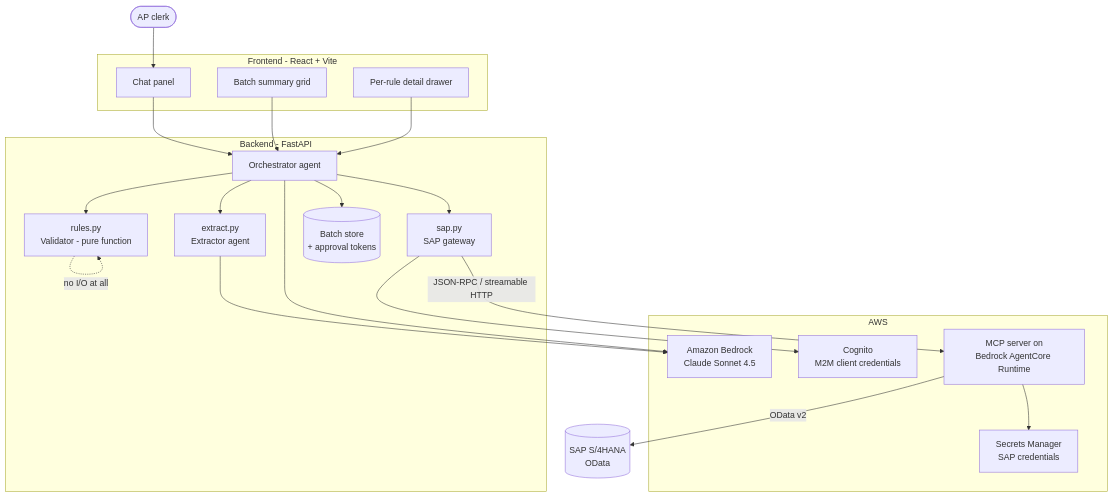
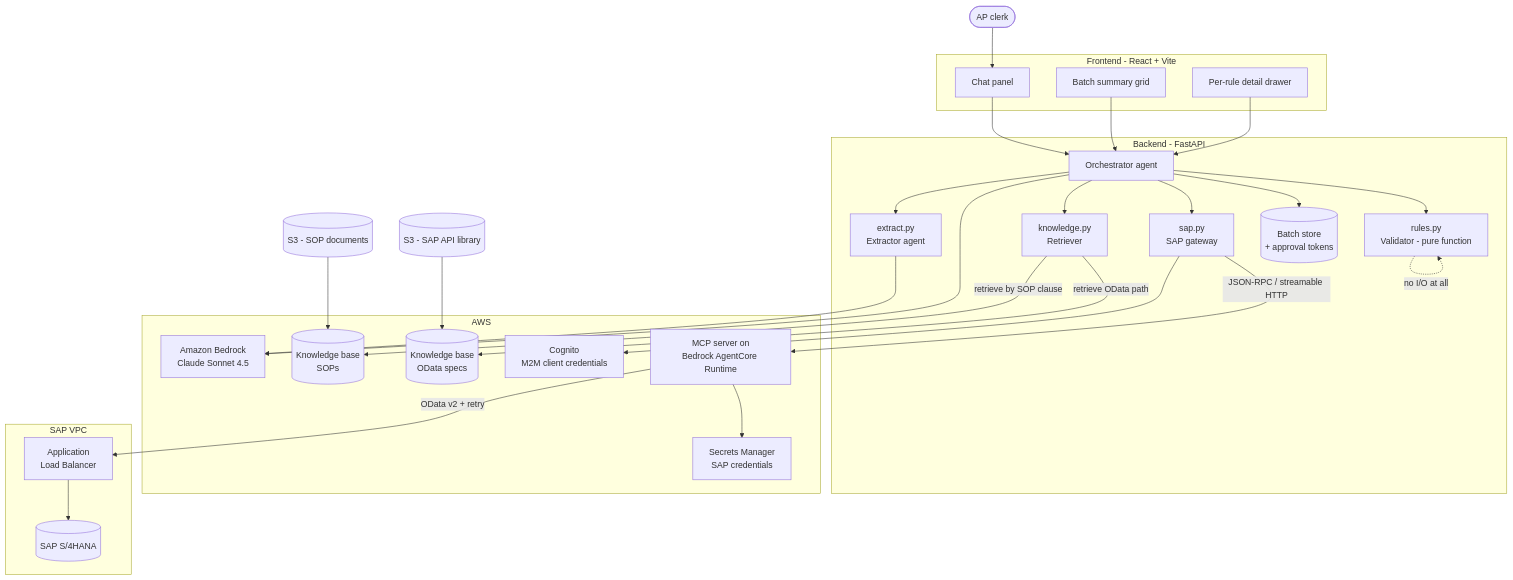
Before and after one commit to ayush-ui/seeburg-aug-26-team-0: the first of 2 diagrams in ARCHITECTURE.md, drawn with Mermaid. The commit also changed other lines of this file and 1 other file, not shown here.

````diff
--- a/ARCHITECTURE.md
+++ b/ARCHITECTURE.md
@@ -24,47 +24,61 @@
 ```mermaid
 flowchart TB
     User([AP clerk])
 
     subgraph FE["Frontend - React + Vite"]
         Chat[Chat panel]
         Grid[Batch summary grid]
         Drawer[Per-rule detail drawer]
     end
 
     subgraph BE["Backend - FastAPI"]
         Orch[Orchestrator agent]
         Extract[extract.py<br/>Extractor agent]
         Rules[rules.py<br/>Validator - pure function]
+        Know[knowledge.py<br/>Retriever]
         Sap[sap.py<br/>SAP gateway]
         Store[(Batch store<br/>+ approval tokens)]
     end
 
     subgraph AWS["AWS"]
         Bedrock[Amazon Bedrock<br/>Claude Sonnet 4.5]
+        KBsop[(Knowledge base<br/>SOPs)]
+        KBapi[(Knowledge base<br/>OData specs)]
         Cognito[Cognito<br/>M2M client credentials]
         MCP[MCP server on<br/>Bedrock AgentCore Runtime]
         Secrets[Secrets Manager<br/>SAP credentials]
     end
 
-    S4[(SAP S/4HANA<br/>OData)]
+    S3sop[(S3 - SOP documents)] --> KBsop
+    S3api[(S3 - SAP API library)] --> KBapi
+
+    subgraph SAPVPC["SAP VPC"]
+        ALB[Application<br/>Load Balancer]
+        S4[(SAP S/4HANA)]
+    end
 
     User --> Chat
     Chat --> Orch
     Grid --> Orch
     Drawer --> Orch
 
     Orch --> Extract
     Orch --> Rules
+    Orch --> Know
     Orch --> Sap
     Orch --> Store
 
     Extract --> Bedrock
     Orch --> Bedrock
 
+    Know -->|retrieve by SOP clause| KBsop
+    Know -->|retrieve OData path| KBapi
+
     Sap --> Cognito
     Sap -->|JSON-RPC / streamable HTTP| MCP
     MCP --> Secrets
-    MCP -->|OData v2| S4
+    MCP -->|OData v2 + retry| ALB
+    ALB --> S4
 
     Rules -.->|no I/O at all| Rules
 ```
````
